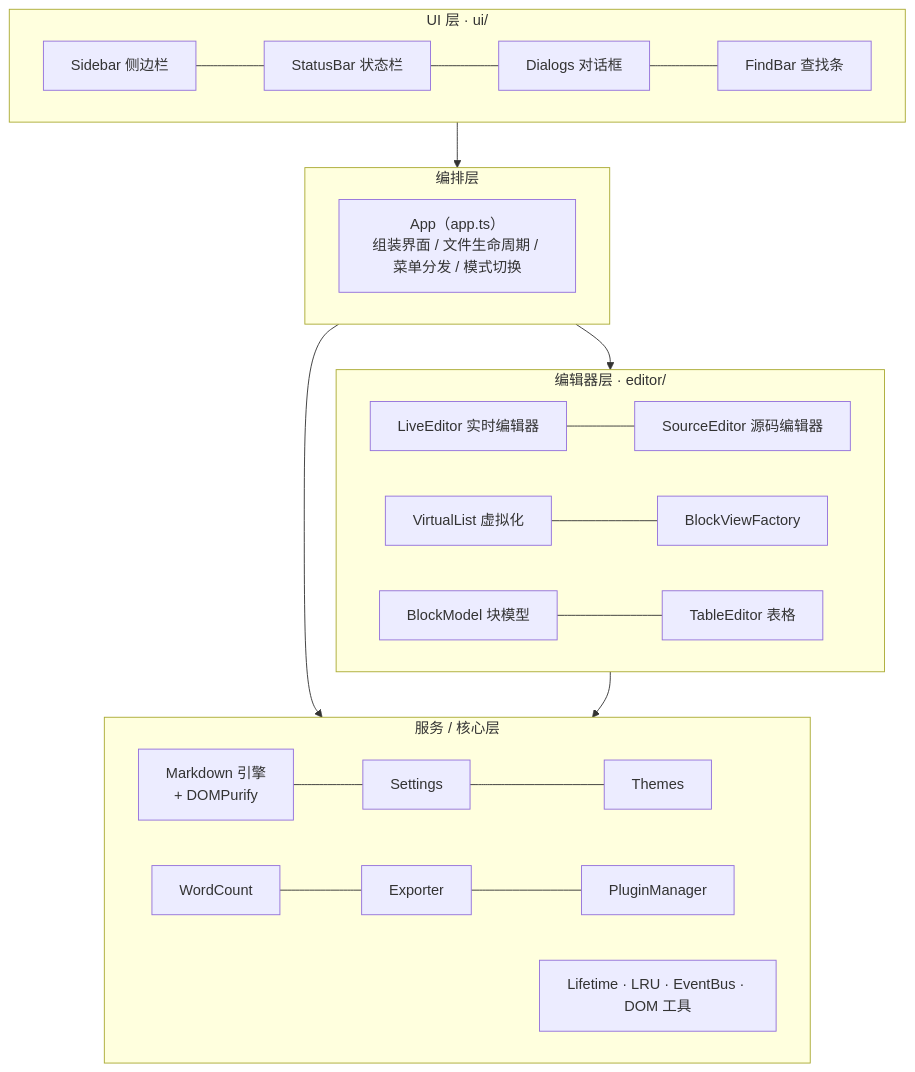
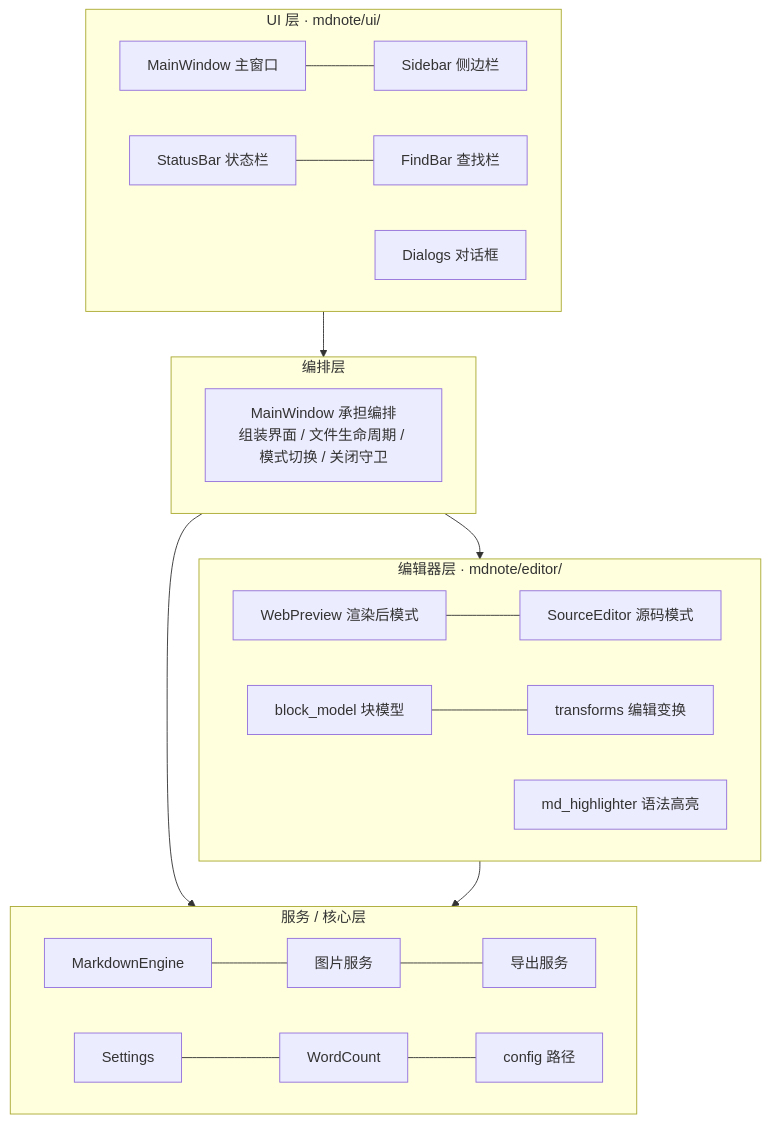
The second of 4 diagrams in docs/architecture.md (Wjkstra/md_tools), drawn with Mermaid before and after one commit. The commit also changed other lines of this file and 156 other files, not shown here.

````diff
--- a/docs/architecture.md
+++ b/docs/architecture.md
@@ -54,30 +60,31 @@
 ```mermaid
 flowchart TB
-  subgraph L4["UI 层 · ui/"]
+  subgraph L4["UI 层 · mdnote/ui/"]
     direction LR
-    sidebar["Sidebar 侧边栏"] --- status["StatusBar 状态栏"] --- dialog["Dialogs 对话框"] --- find["FindBar 查找条"]
+    mw["MainWindow 主窗口"] --- sb["Sidebar 侧边栏"]
+    st["StatusBar 状态栏"] --- fb["FindBar 查找栏"]
+    dg["Dialogs 对话框"]
   end
 
   subgraph L3["编排层"]
-    app["App（app.ts）<br/>组装界面 / 文件生命周期 / 菜单分发 / 模式切换"]
+    mw3["MainWindow 承担编排<br/>组装界面 / 文件生命周期 / 模式切换 / 关闭守卫"]
   end
 
-  subgraph L2["编辑器层 · editor/"]
+  subgraph L2["编辑器层 · mdnote/editor/"]
     direction LR
-    live["LiveEditor 实时编辑器"] --- src_["SourceEditor 源码编辑器"]
-    vl["VirtualList 虚拟化"] --- bv["BlockViewFactory"]
-    model["BlockModel 块模型"] --- te["TableEditor 表格"]
+    wv["WebPreview 渲染后模式"] --- se["SourceEditor 源码模式"]
+    bm["block_model 块模型"] --- tr["transforms 编辑变换"]
+    hl["md_highlighter 语法高亮"]
   end
 
   subgraph L1["服务 / 核心层"]
     direction LR
-    md["Markdown 引擎<br/>+ DOMPurify"] --- set["Settings"] --- theme["Themes"]
-    wc["WordCount"] --- exp["Exporter"] --- plug["PluginManager"]
-    core["Lifetime · LRU · EventBus · DOM 工具"]
+    md["MarkdownEngine"] --- im["图片服务"] --- ex["导出服务"]
+    set["Settings"] --- wc["WordCount"] --- cf["config 路径"]
   end
 
   L4 --> L3
   L3 --> L2
   L3 --> L1
   L2 --> L1
 ```
````
